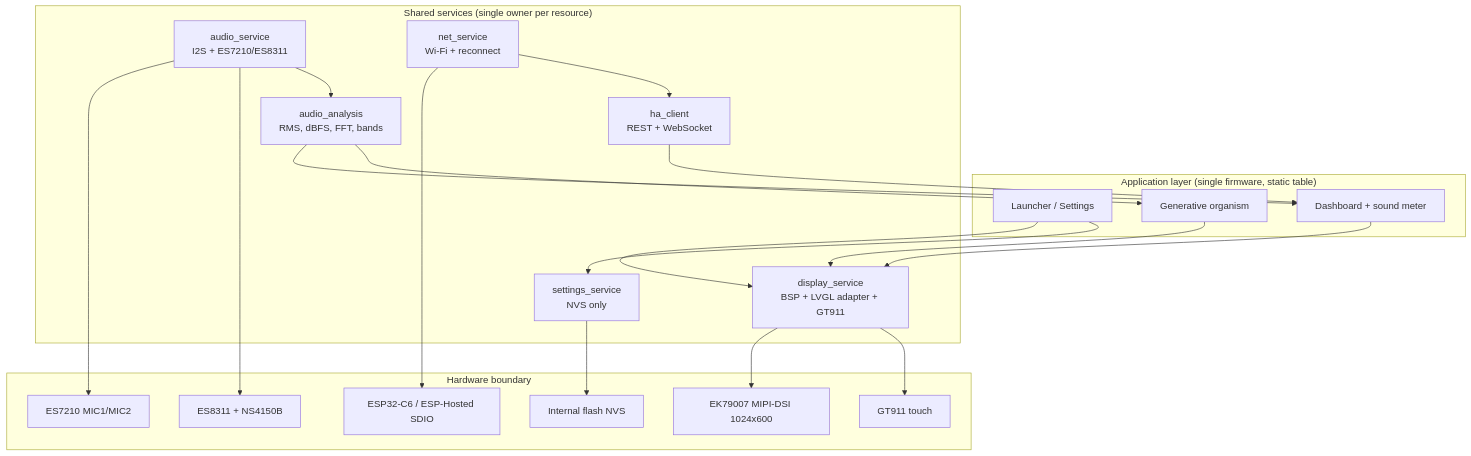
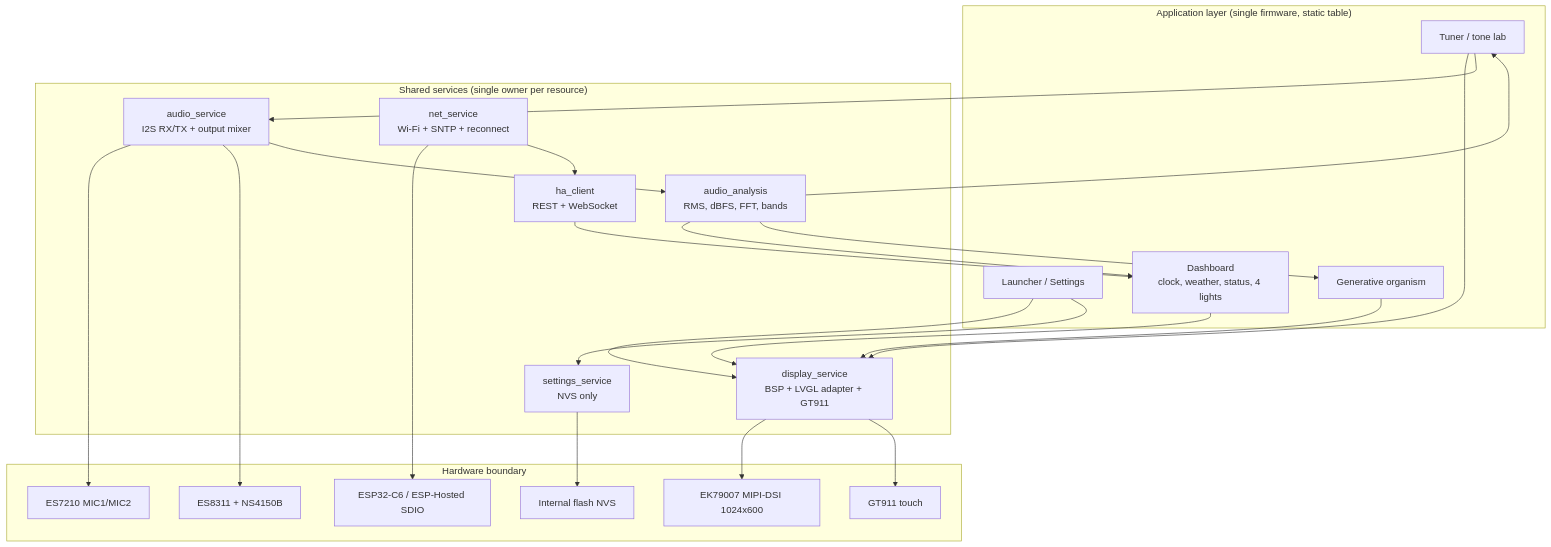
The diagram in docs/architecture.md (juanmartin/battlestation-ui), drawn with Mermaid before and after one commit. The commit also changed other lines of this file and 7 other files, not shown here.

Commit message:
docs: expand roadmap with dashboard cards and tone lab

````diff
--- a/docs/architecture.md
+++ b/docs/architecture.md
@@ -63,42 +75,46 @@
 ```mermaid
 flowchart TB
     subgraph APPS["Application layer (single firmware, static table)"]
         L["Launcher / Settings"]
-        D["Dashboard + sound meter"]
+        D["Dashboard<br/>clock, weather, status, 4 lights"]
         O["Generative organism"]
+        T["Tuner / tone lab"]
     end
 
     subgraph SVC["Shared services (single owner per resource)"]
         DS["display_service<br/>BSP + LVGL adapter + GT911"]
-        AS["audio_service<br/>I2S + ES7210/ES8311"]
+        AS["audio_service<br/>I2S RX/TX + output mixer"]
         AN["audio_analysis<br/>RMS, dBFS, FFT, bands"]
-        NS["net_service<br/>Wi-Fi + reconnect"]
+        NS["net_service<br/>Wi-Fi + SNTP + reconnect"]
         HA["ha_client<br/>REST + WebSocket"]
         SS["settings_service<br/>NVS only"]
     end
 
     subgraph HW["Hardware boundary"]
         LCD["EK79007 MIPI-DSI 1024x600"]
         TP["GT911 touch"]
         MIC["ES7210 MIC1/MIC2"]
         SPK["ES8311 + NS4150B"]
         C6["ESP32-C6 / ESP-Hosted SDIO"]
         NVS["Internal flash NVS"]
     end
 
     L --> DS
     D --> DS
     O --> DS
+    T --> DS
     AS --> MIC
     AS --> SPK
     AS --> AN
     AN --> D
     AN --> O
+    AN --> T
+    T --> AS
     DS --> LCD
     DS --> TP
     NS --> C6
     NS --> HA
     HA --> D
     L --> SS
     SS --> NVS
 ```
````
